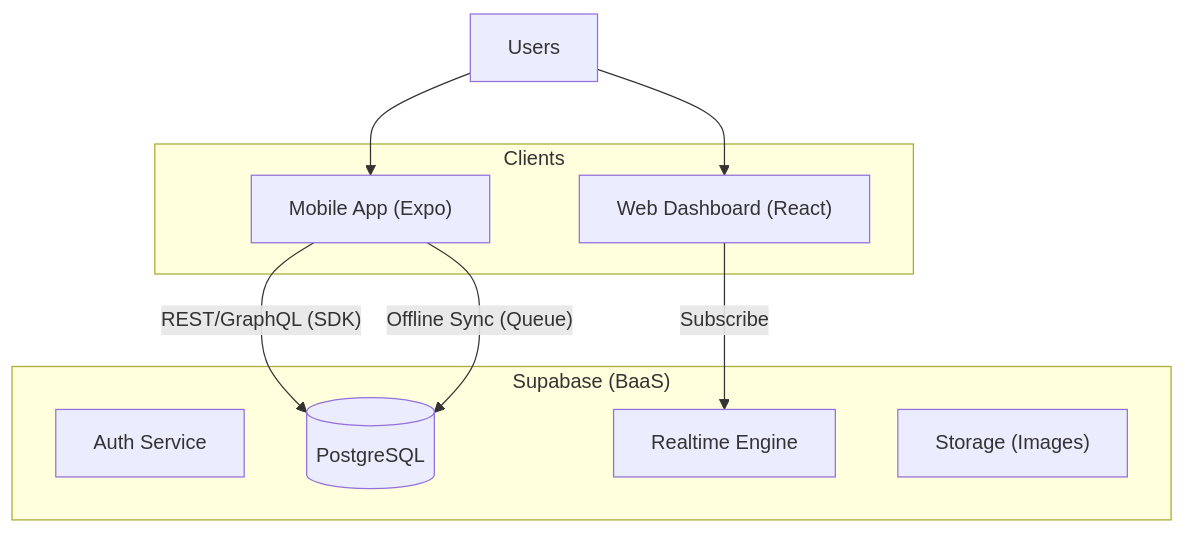
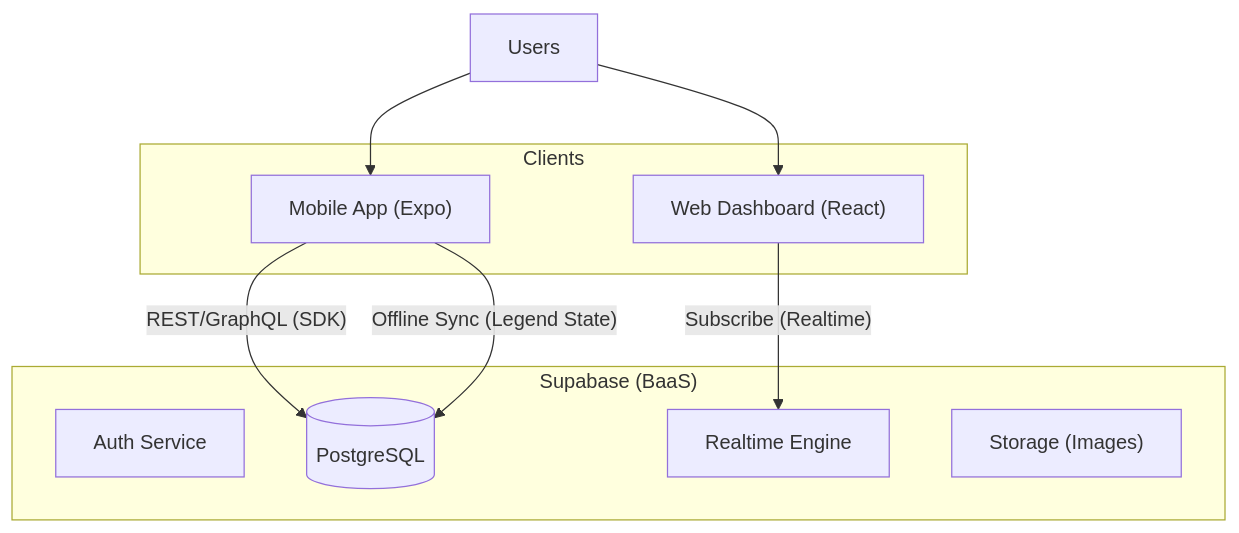
The diagram in doc/architecture/ARCHITECTURE.md (CDSL-SOFTWARE-PRODUCTION/lean-wms), drawn with Mermaid before and after one commit. The commit also changed other lines of this file and 4 other files, not shown here.

````diff
--- a/doc/architecture/ARCHITECTURE.md
+++ b/doc/architecture/ARCHITECTURE.md
@@ -5,23 +5,23 @@
 ```mermaid
 graph TD
     User[Users]
     
     subgraph Clients
         Mobile["Mobile App (Expo)"]
         Web["Web Dashboard (React)"]
     end
     
     subgraph Backend_BaaS ["Supabase (BaaS)"]
         Auth[Auth Service]
         DB[(PostgreSQL)]
         Realtime[Realtime Engine]
         Storage["Storage (Images)"]
     end
     
     User --> Mobile
     User --> Web
     
     Mobile -- "REST/GraphQL (SDK)" --> DB
-    Mobile -- "Offline Sync (Queue)" --> DB
-    Web -- "Subscribe" --> Realtime
+    Mobile -- "Offline Sync (Legend State)" --> DB
+    Web -- "Subscribe (Realtime)" --> Realtime
 ```
````
